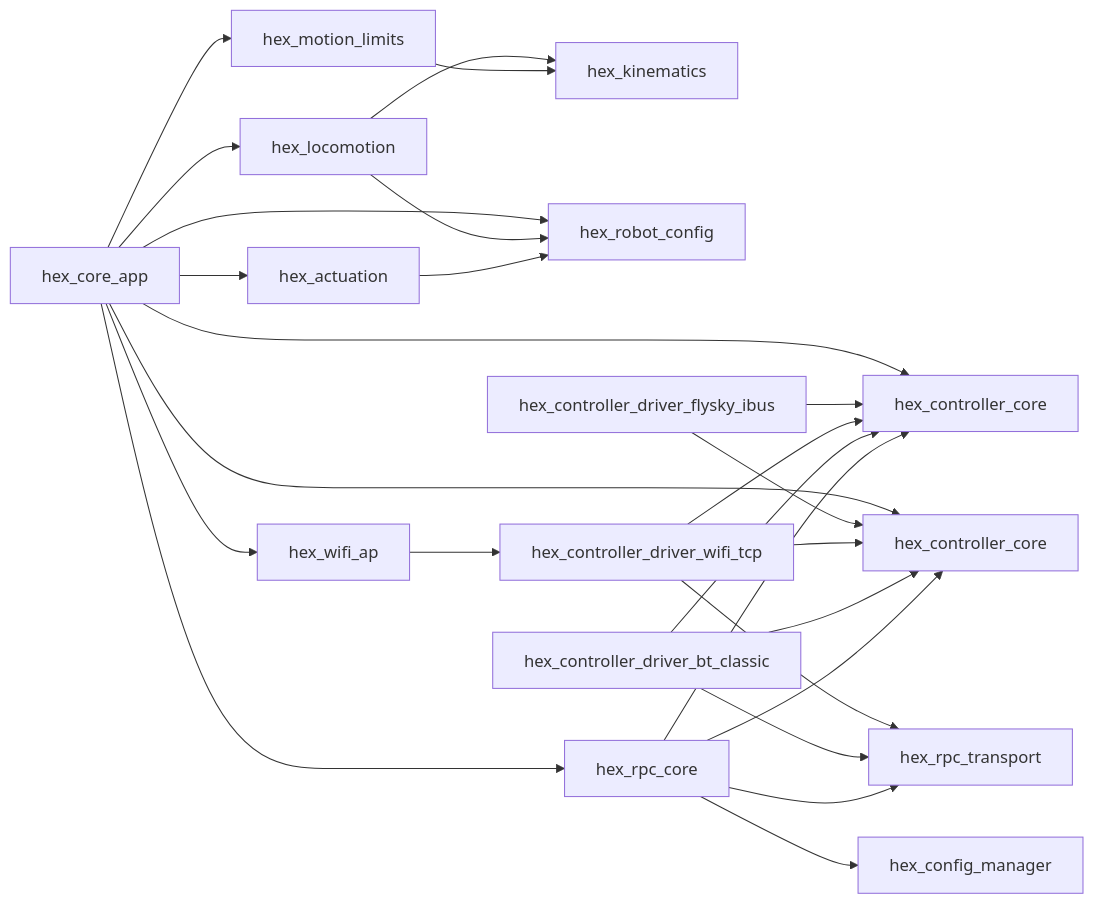
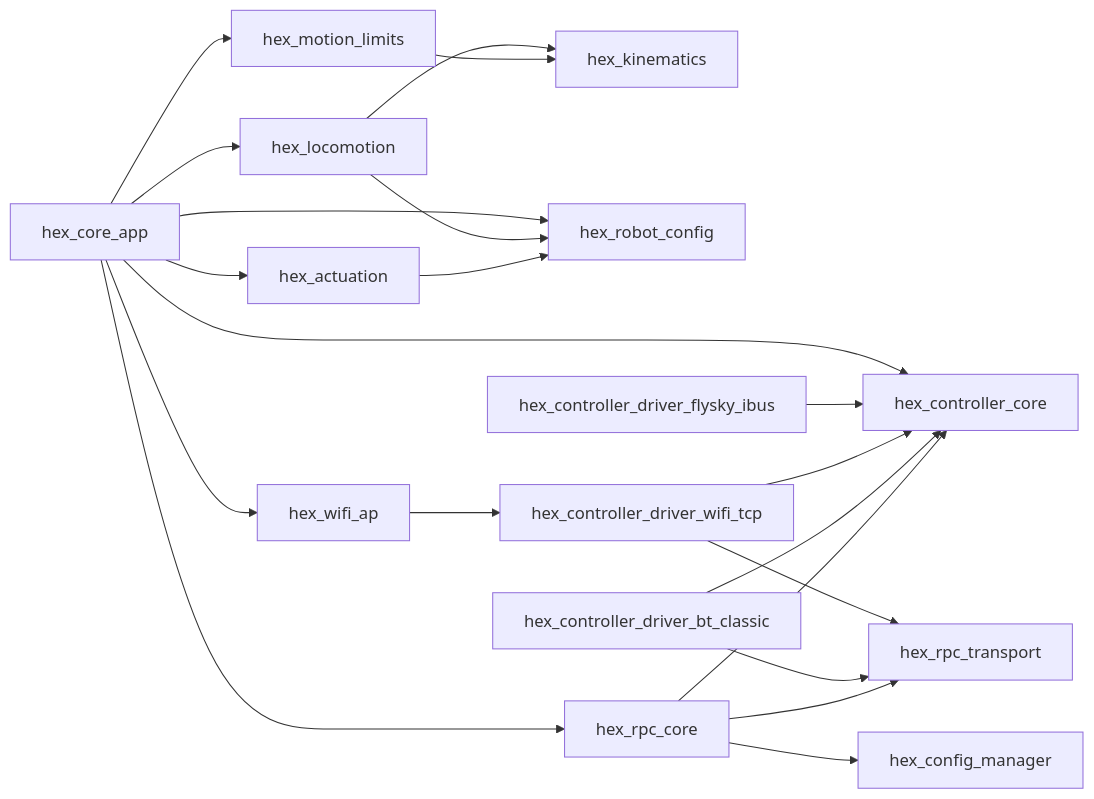
One commit to quick-brown-bot/hexapod changed the fourth of 4 diagrams in COMPONENT_ARCHITECTURE_BASELINE.md. Above: the diagram before and after it, drawn with Mermaid.

Commit message:
fix arch diagram

````diff
--- a/COMPONENT_ARCHITECTURE_BASELINE.md
+++ b/COMPONENT_ARCHITECTURE_BASELINE.md
@@ -337,50 +337,44 @@
 ```mermaid
 flowchart LR
 		Core[hex_core_app]
 
 		Loc[hex_locomotion]
 		Kin[hex_kinematics]
 		Lim[hex_motion_limits]
 		Act[hex_actuation]
 		RCfg[hex_robot_config]
 
 		CCore[hex_controller_core]
-		CIface[hex_controller_core]
 		CFly[hex_controller_driver_flysky_ibus]
 		CWifi[hex_controller_driver_wifi_tcp]
 		CBt[hex_controller_driver_bt_classic]
 		WAP[hex_wifi_ap]
 
 		RpcCore[hex_rpc_core]
 		RpcTx[hex_rpc_transport]
 		Cfg[hex_config_manager]
 
 		Core --> Loc
 		Core --> Lim
 		Core --> Act
 		Core --> CCore
-		Core --> CIface
 		Core --> RpcCore
 		Core --> WAP
 		Core --> RCfg
 
 		Loc --> Kin
 		Loc --> RCfg
 		Lim --> Kin
 		Act --> RCfg
 
 		CFly --> CCore
-		CFly --> CIface
 		CWifi --> CCore
-		CWifi --> CIface
 		CBt --> CCore
-		CBt --> CIface
 		CWifi --> RpcTx
 		CBt --> RpcTx
 		WAP --> CWifi
 
 		RpcCore --> RpcTx
 		RpcCore --> Cfg
 		RpcCore --> CCore
-		RpcCore --> CIface
 ```
````
